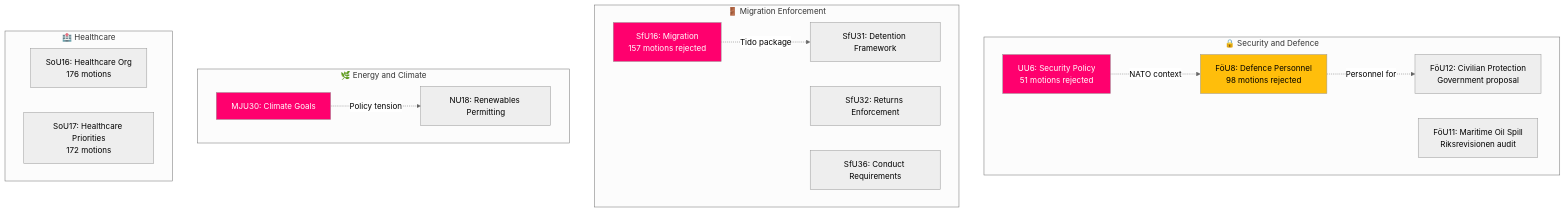
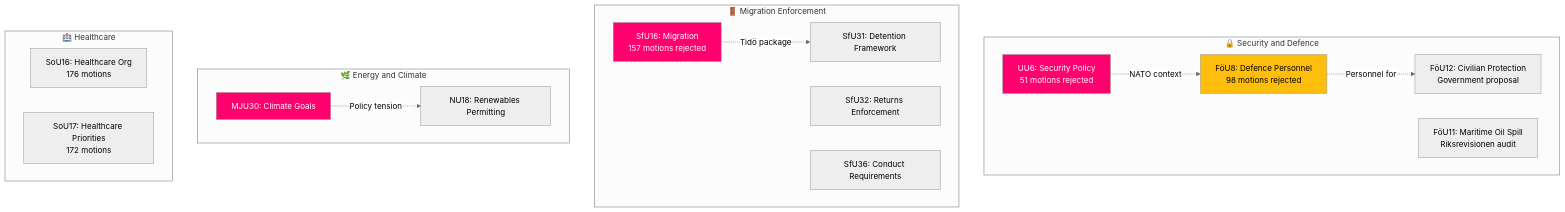
The diagram in analysis/daily/2026-04-13/committeeReports/synthesis-summary.md (Hack23/riksdagsmonitor), drawn with Mermaid (neutral theme) before and after one commit. The commit also changed other lines of this file and 2 other files, not shown here.

Commit message:
fix: apply 5 review comments — corrupted emojis, Tidö typo, duplicate row
Agent-Logs-Url: https://github.com/Hack23/riksdagsmonitor/sessions/24fd2bf8-3e21-4301-a2e7-28624924112e

````diff
--- a/analysis/daily/2026-04-13/committeeReports/synthesis-summary.md
+++ b/analysis/daily/2026-04-13/committeeReports/synthesis-summary.md
@@ -37,31 +37,31 @@
 ```mermaid
 graph TD
     subgraph Security[🔒 Security and Defence]
         UU6["UU6: Security Policy<br/>51 motions rejected"]
         FoU8["FöU8: Defence Personnel<br/>98 motions rejected"]
         FoU12["FöU12: Civilian Protection<br/>Government proposal"]
         FoU11["FöU11: Maritime Oil Spill<br/>Riksrevisionen audit"]
     end
     subgraph Migration[🚪 Migration Enforcement]
         SfU16["SfU16: Migration<br/>157 motions rejected"]
         SfU31["SfU31: Detention Framework"]
         SfU32["SfU32: Returns Enforcement"]
         SfU36["SfU36: Conduct Requirements"]
     end
     subgraph Climate[🌿 Energy and Climate]
         NU18["NU18: Renewables Permitting"]
         MJU30["MJU30: Climate Goals"]
     end
     subgraph Healthcare[🏥 Healthcare]
         SoU16["SoU16: Healthcare Org<br/>176 motions"]
         SoU17["SoU17: Healthcare Priorities<br/>172 motions"]
     end
     UU6 -.->|NATO context| FoU8
     FoU8 -.->|Personnel for| FoU12
-    SfU16 -.->|Tido package| SfU31
+    SfU16 -.->|Tidö package| SfU31
     MJU30 -.->|Policy tension| NU18
     style UU6 fill:#ff006e,color:#fff
     style SfU16 fill:#ff006e,color:#fff
     style MJU30 fill:#ff006e,color:#fff
     style FoU8 fill:#ffbe0b,color:#000
 ```
````
